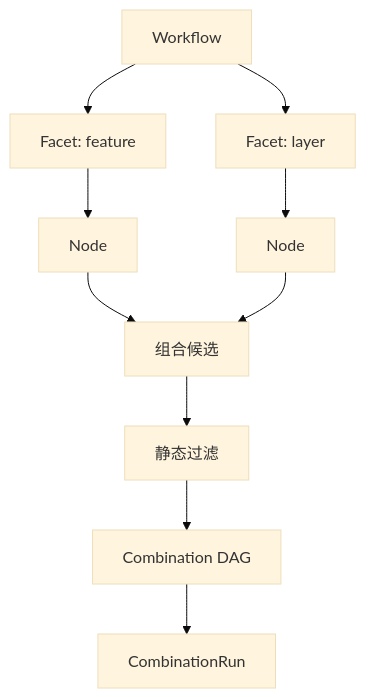
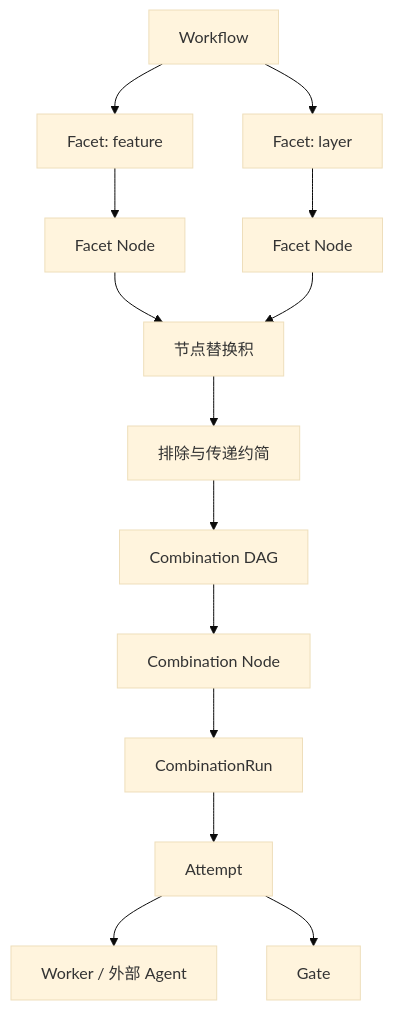
The first of 6 diagrams in design/01-workflow.md (LingMessy/facetloom), drawn with Mermaid (base theme) before and after one commit. The commit also changed other lines of this file and 5 other files, not shown here.

```diff
--- a/design/01-workflow.md
+++ b/design/01-workflow.md
@@ -7,12 +7,16 @@
 ~~~mermaid
 flowchart TB
     WF[Workflow] --> F1[Facet: feature]
     WF --> F2[Facet: layer]
-    F1 --> N1[Node]
-    F2 --> N2[Node]
-    N1 --> P[组合候选]
+    F1 --> N1[Facet Node]
+    F2 --> N2[Facet Node]
+    N1 --> P[节点替换积]
     N2 --> P
-    P --> X[静态过滤]
+    P --> X[排除与传递约简]
     X --> DAG[Combination DAG]
-    DAG --> CR[CombinationRun]
+    DAG --> CN[Combination Node]
+    CN --> CR[CombinationRun]
+    CR --> AT[Attempt]
+    AT --> W[Worker / 外部 Agent]
+    AT --> G[Gate]
 ~~~
```
